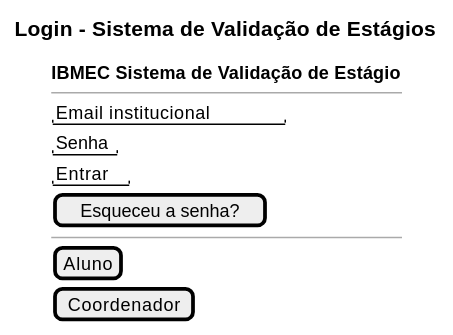
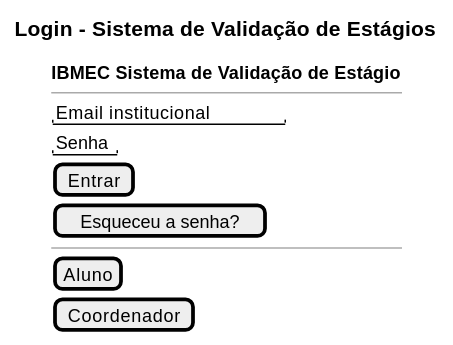
One commit to Projetos-de-Extensao/PBE_26.1_8001_I changed the first of 7 diagrams in mkdocs/Iniciacao/prototipo_baixa_fidelidade.md. Above: the diagram before and after it, drawn with PlantUML. The commit also changed 2 other files, not shown here.

Commit message:
Criação do Documento de Requisitos

````diff
--- a/mkdocs/Iniciacao/prototipo_baixa_fidelidade.md
+++ b/mkdocs/Iniciacao/prototipo_baixa_fidelidade.md
@@ -36,17 +36,17 @@
 ```plantuml
 @startsalt
 title Login - Sistema de Validação de Estágios
 
 {
   **IBMEC Sistema de Validação de Estágio**
   --
   "Email institucional"
   "Senha"
-  "Entrar"
+  [Entrar]
   [Esqueceu a senha?]
   --
   [Aluno]
   [Coordenador]
 }
 @endsalt
 ```
````
